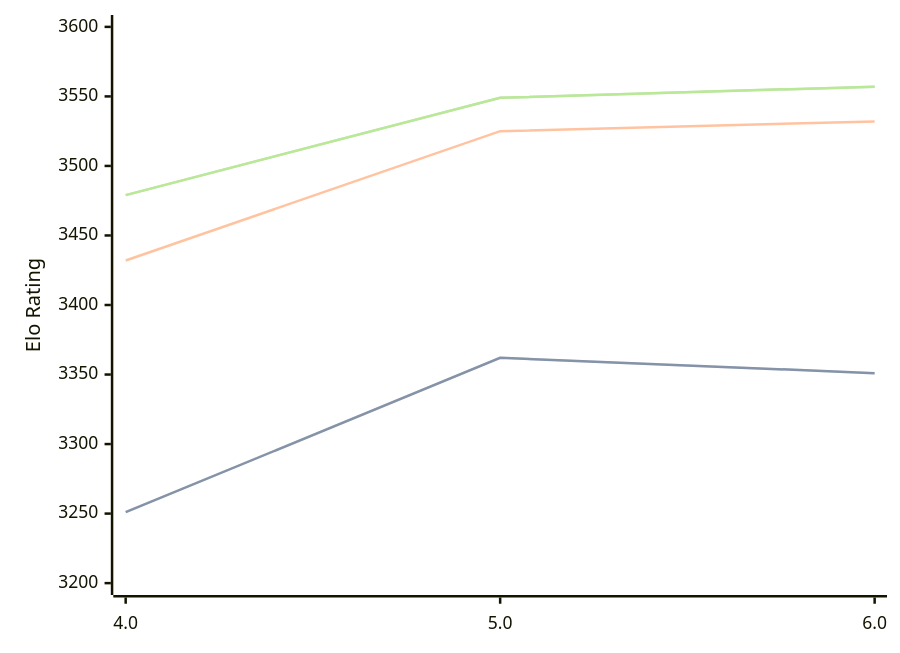
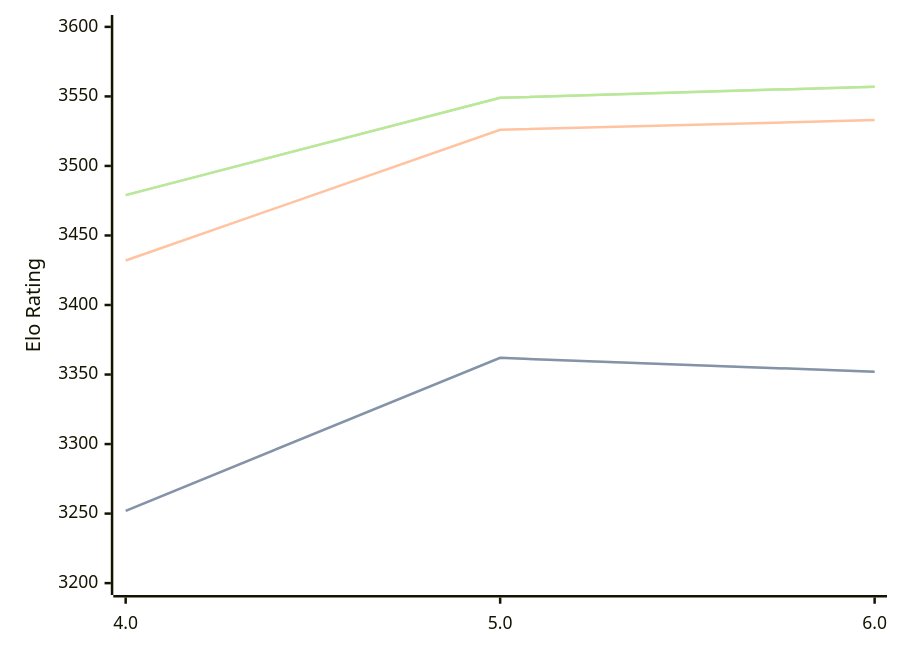
One commit to computer-chess-index/cci changed the diagram in engines/Tarnished.md. Above: the diagram before and after it, drawn with Mermaid. The commit also changed other lines of this file, not shown here.

````diff
--- a/engines/Tarnished.md
+++ b/engines/Tarnished.md
@@ -33,11 +33,11 @@
 ```mermaid
 %%{init: {"theme":"base","themeVariables":{"seriesColors:['#a3a3a3','#222221','#faa371']}}}%%
 xychart-beta
   x-axis ["4.0", "5.0", "6.0"]
   y-axis "Elo Rating" 3200 --> 3600
-  line "STC (8.0+0.08s)" [3251, 3362, 3351]
-  line "STC (8.0+0.08s)" [3251, 3362, 3351]
-  line "LTC (60.0+0.60s)" [3432, 3525, 3532]
+  line "STC (8.0+0.08s)" [3252, 3362, 3352]
+  line "STC (8.0+0.08s)" [3252, 3362, 3352]
+  line "LTC (60.0+0.60s)" [3432, 3526, 3533]
   line "VLTC (2m24s+1.12s)" [3479, 3549, 3557]
   line "VLTC (2m24s+1.12s)" [3479, 3549, 3557]
 ```
````
